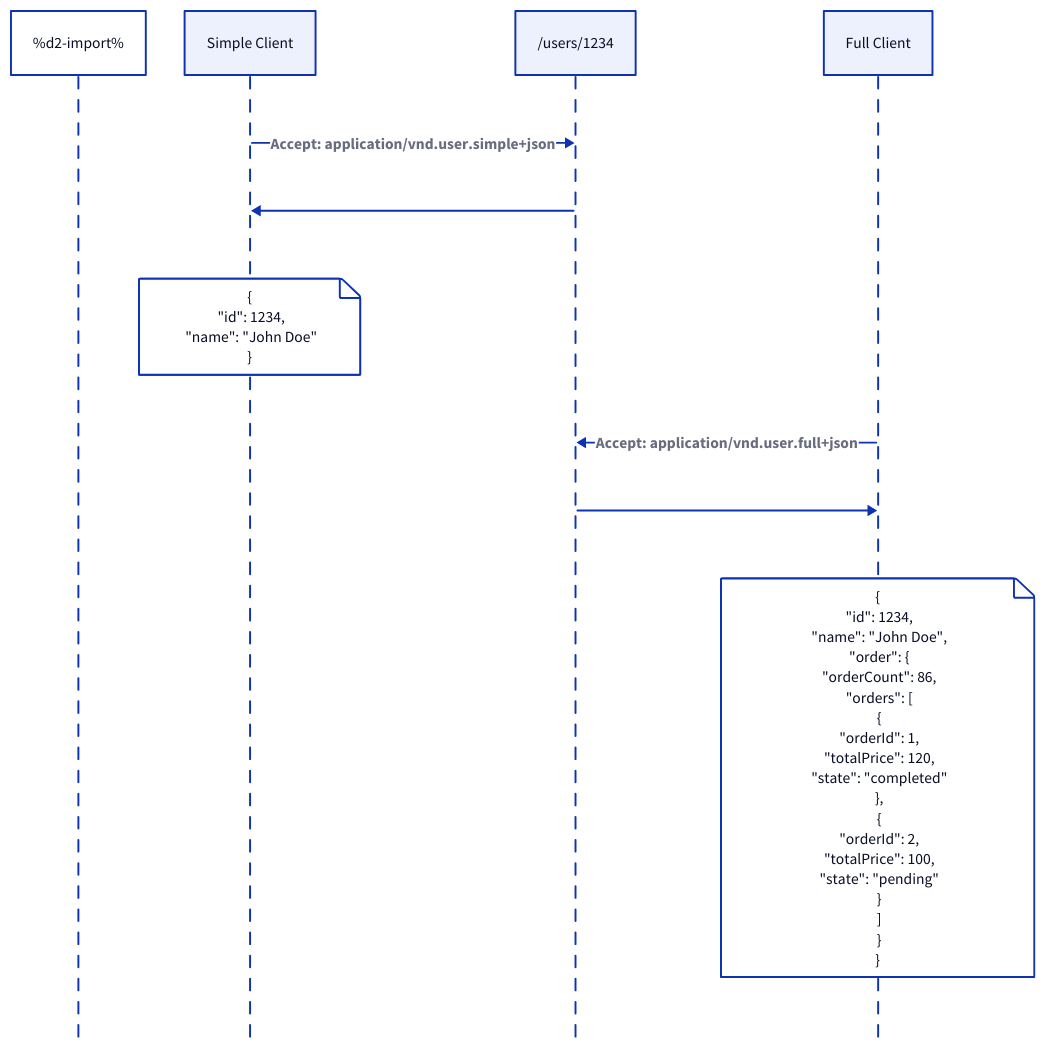
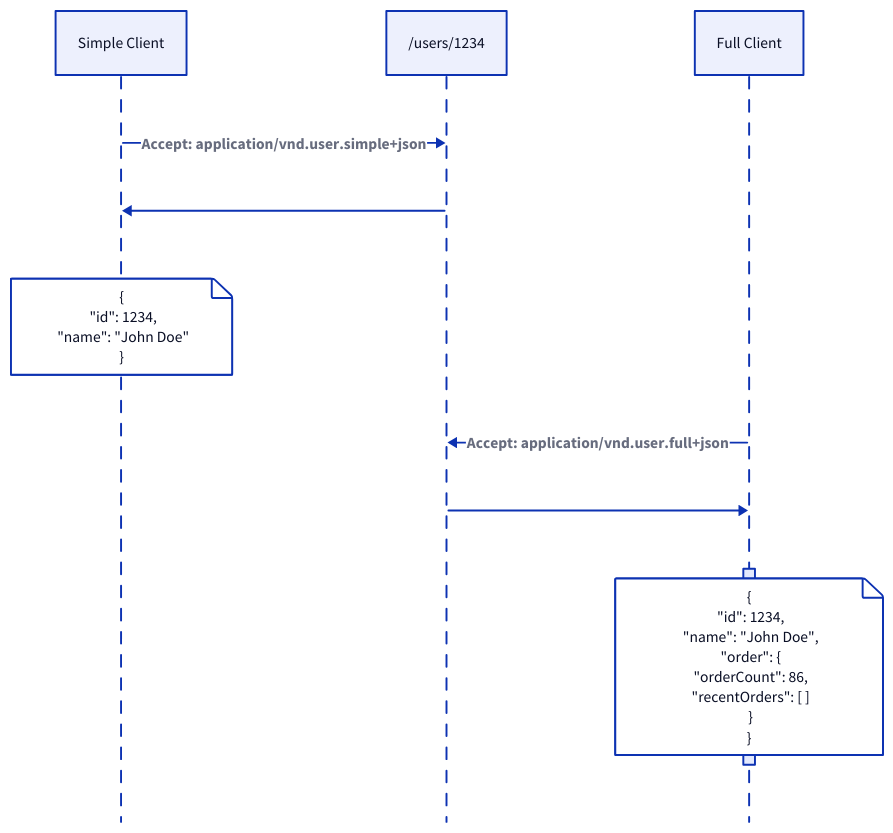
Before and after one commit to link1905/system-design-101: the ninth of 9 diagrams in content/docs/web-service/api-design/_index.md, drawn with D2. The commit also changed other lines of this file and 12 other files, not shown here.

````diff
--- a/content/docs/web-service/api-design/_index.md
+++ b/content/docs/web-service/api-design/_index.md
@@ -418,48 +401,38 @@
 ```d2
-%d2-import%
 shape: sequence_diagram
 jc: Simple Client
 p: "/users/1234" {
     class: server
 }
-xc: Full Client
+fc: Full Client
 jc -> p: "Accept: application/vnd.user.simple+json" {
    style.bold: true
 }
 p -> jc
 jc {
    json: |||json
    {
        "id": 1234,
        "name": "John Doe"
    }
    |||
 }
-xc -> p: "Accept: application/vnd.user.full+json" {
+fc -> p: "Accept: application/vnd.user.full+json" {
    style.bold: true
 }
-p -> xc
-xc {
-   xml: |||json 
-   {
-       "id": 1234,
-       "name": "John Doe",
-       "order": {
-         "orderCount": 86,
-         "orders": [
-           {
-               "orderId": 1,
-               "totalPrice": 120,
-               "state": "completed"
-           },
-           {
-               "orderId": 2,
-               "totalPrice": 100,
-               "state": "pending"
-           }
-         ]
-       }
-   }
-   |||
+p -> fc
+fc {
+    json {
+        content: |||json 
+        {
+            "id": 1234,
+            "name": "John Doe",
+            "order": {
+                "orderCount": 86,
+                "recentOrders": [ ]
+            }
+        }
+        |||
+    }
 }
 ```
````
